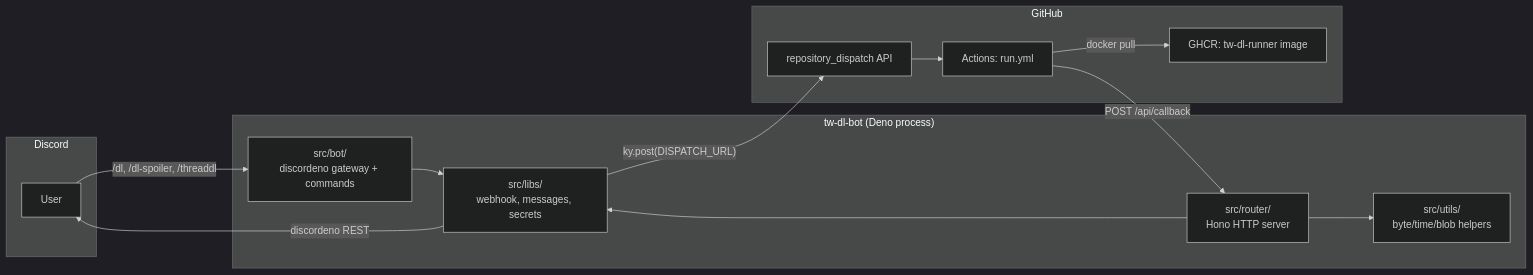
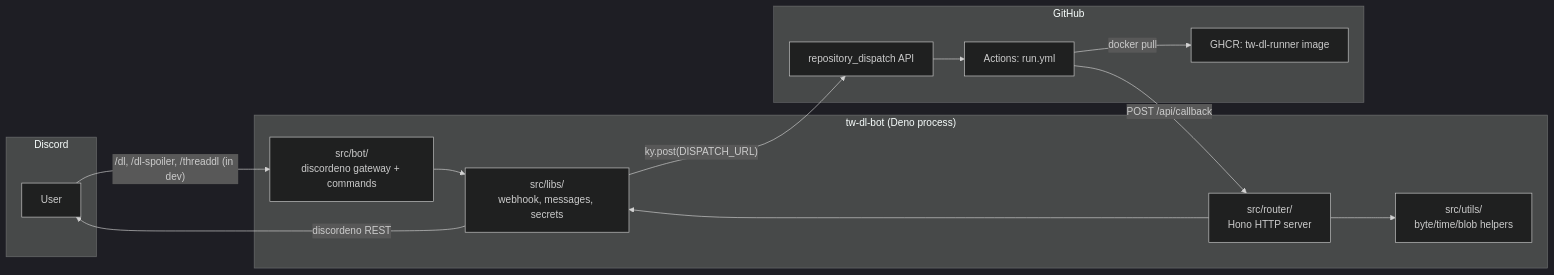
The second of 2 diagrams in docs/architecture.md (redpeacock78/tw-dl-bot), drawn with Mermaid (dark theme) before and after one commit. The commit also changed 4 other files, not shown here.

````diff
--- a/docs/architecture.md
+++ b/docs/architecture.md
@@ -39,29 +39,29 @@
 ```mermaid
 flowchart LR
     subgraph Discord
         U[User]
     end
 
     subgraph Bot["tw-dl-bot (Deno process)"]
         BOT["src/bot/<br/>discordeno gateway + commands"]
         ROUTER["src/router/<br/>Hono HTTP server"]
         LIBS["src/libs/<br/>webhook, messages, secrets"]
         UTILS["src/utils/<br/>byte/time/blob helpers"]
     end
 
     subgraph GitHub["GitHub"]
         DISPATCH["repository_dispatch API"]
         ACT["Actions: run.yml"]
         IMG["GHCR: tw-dl-runner image"]
     end
 
-    U -- "/dl, /dl-spoiler, /threaddl" --> BOT
+    U -- "/dl, /dl-spoiler, /threaddl (in dev)" --> BOT
     BOT --> LIBS
     LIBS -- "ky.post(DISPATCH_URL)" --> DISPATCH
     DISPATCH --> ACT
     ACT -- "docker pull" --> IMG
     ACT -- "POST /api/callback" --> ROUTER
     ROUTER --> LIBS
     ROUTER --> UTILS
     LIBS -- "discordeno REST" --> U
 ```
````
